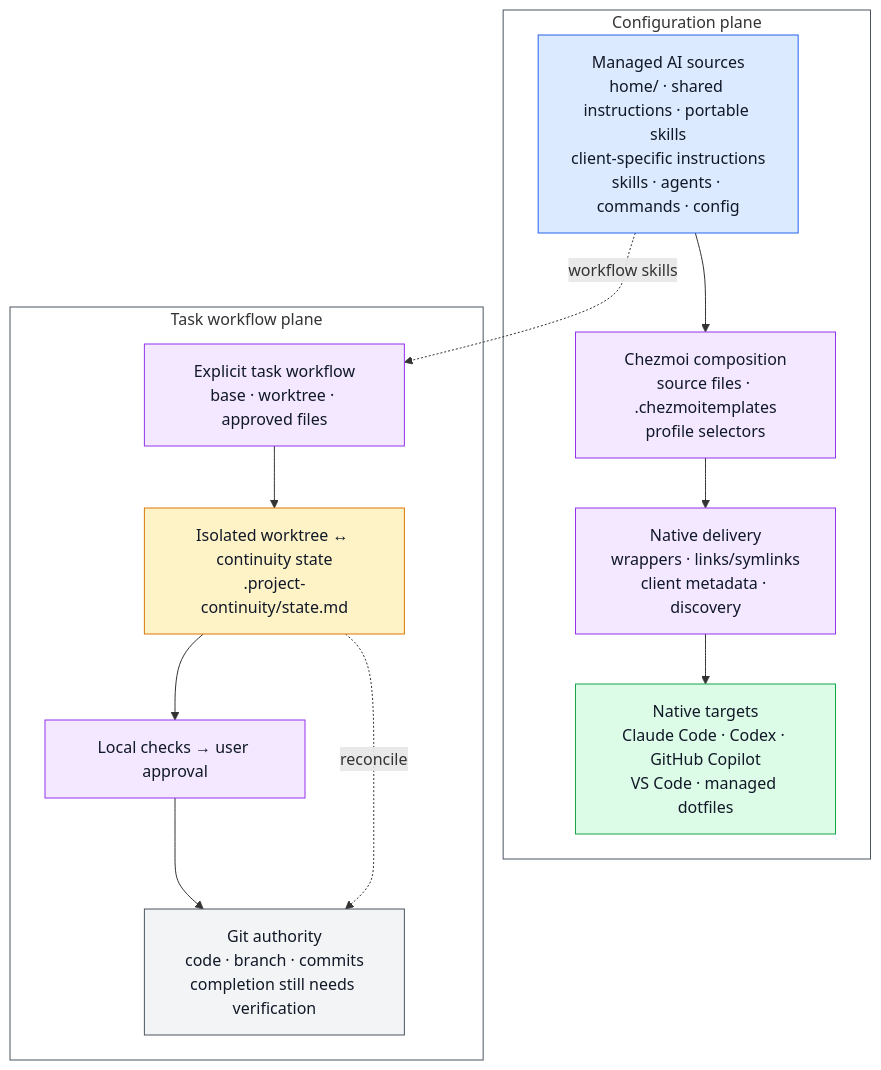
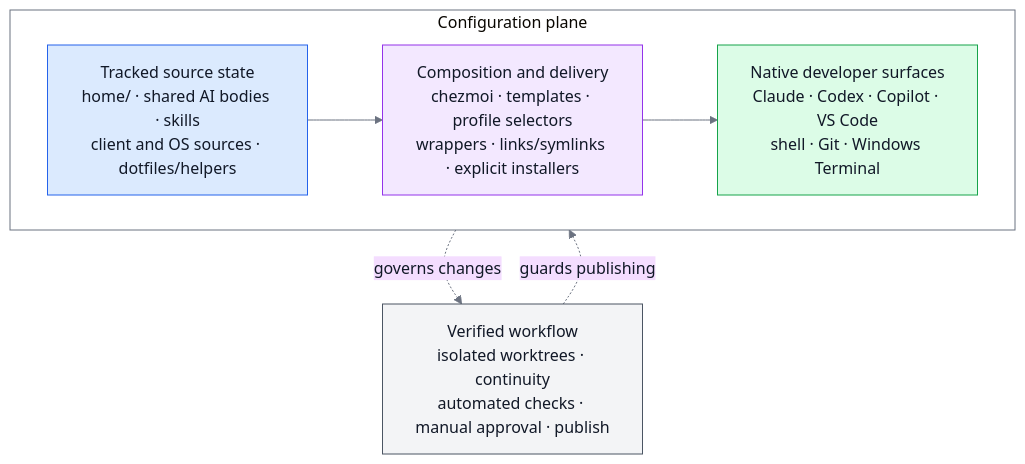
The first of 4 diagrams in README.md (sherrilla71940/personal-agentic-dev-environment), drawn with Mermaid before and after one commit. The commit also changed other lines of this file and 23 other files, not shown here.

Commit message:
feat(worktree): harden isolated task provisioning

````diff
--- a/README.md
+++ b/README.md
@@ -51,32 +56,26 @@
 ```mermaid
+%%{init: {"theme": "base", "themeVariables": {"primaryTextColor": "#111827", "nodeTextColor": "#111827", "textColor": "#111827", "lineColor": "#6b7280"}, "flowchart": {"useMaxWidth": true}}}%%
 flowchart TB
     subgraph configuration["Configuration plane"]
-        aiSources["Managed AI sources<br/>home/ · shared instructions · portable skills<br/>client-specific instructions<br/>skills · agents · commands · config"]:::source
-        compose["Chezmoi composition<br/>source files · .chezmoitemplates<br/>profile selectors"]:::process
-        adapt["Native delivery<br/>wrappers · links/symlinks<br/>client metadata · discovery"]:::process
-        targets["Native targets<br/>Claude Code · Codex · GitHub Copilot<br/>VS Code · managed dotfiles"]:::target
-        aiSources --> compose
-        compose --> adapt --> targets
+        direction LR
+        sources["Tracked source state<br/>home/ · shared AI bodies · skills<br/>client and OS sources · dotfiles/helpers"]:::source
+        delivery["Composition and delivery<br/>chezmoi · templates · profile selectors<br/>wrappers · links/symlinks · explicit installers"]:::process
+        targets["Native developer surfaces<br/>Claude · Codex · Copilot · VS Code<br/>shell · Git · Windows Terminal"]:::target
+        sources --> delivery --> targets
     end
 
-    subgraph workflow["Task workflow plane"]
-        task["Explicit task workflow<br/>base · worktree · approved files"]:::process
-        state["Isolated worktree ↔ continuity state<br/>.project-continuity/state.md"]:::state
-        verify["Local checks → user approval"]:::check
-        authority["Git authority<br/>code · branch · commits<br/>completion still needs verification"]:::authority
-        task --> state --> verify --> authority
-    end
-
-    aiSources -. workflow skills .-> task
-    state -. reconcile .-> authority
+    workflow["Verified workflow<br/>isolated worktrees · continuity<br/>automated checks · manual approval · publish"]:::workflow
+    delivery -. "governs changes" .-> workflow
+    workflow -. "guards publishing" .-> targets
 
     classDef source fill:#dbeafe,stroke:#2563eb,color:#111827
     classDef process fill:#f3e8ff,stroke:#9333ea,color:#111827
     classDef target fill:#dcfce7,stroke:#16a34a,color:#111827
-    classDef state fill:#fef3c7,stroke:#d97706,color:#111827
-    classDef check fill:#f3e8ff,stroke:#9333ea,color:#111827
-    classDef authority fill:#f3f4f6,stroke:#4b5563,color:#111827
+    classDef workflow fill:#f3f4f6,stroke:#4b5563,color:#111827
 
-    style configuration fill:transparent,stroke:#4b5563,stroke-width:1px
-    style workflow fill:transparent,stroke:#4b5563,stroke-width:1px
+    style sources color:#111827
+    style delivery color:#111827
+    style targets color:#111827
+    style workflow color:#111827
+    style configuration fill:transparent,stroke:#6b7280,stroke-width:1px
 ```
````
